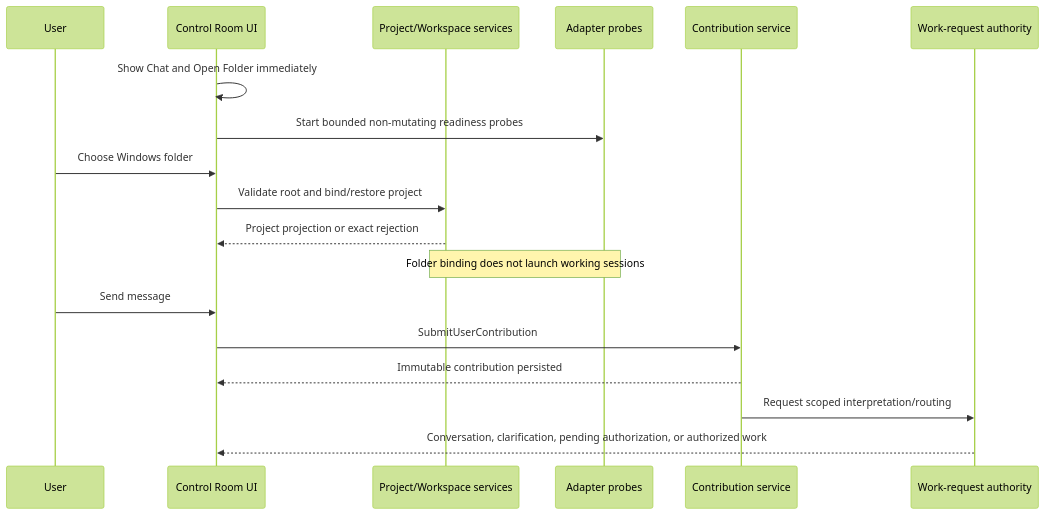
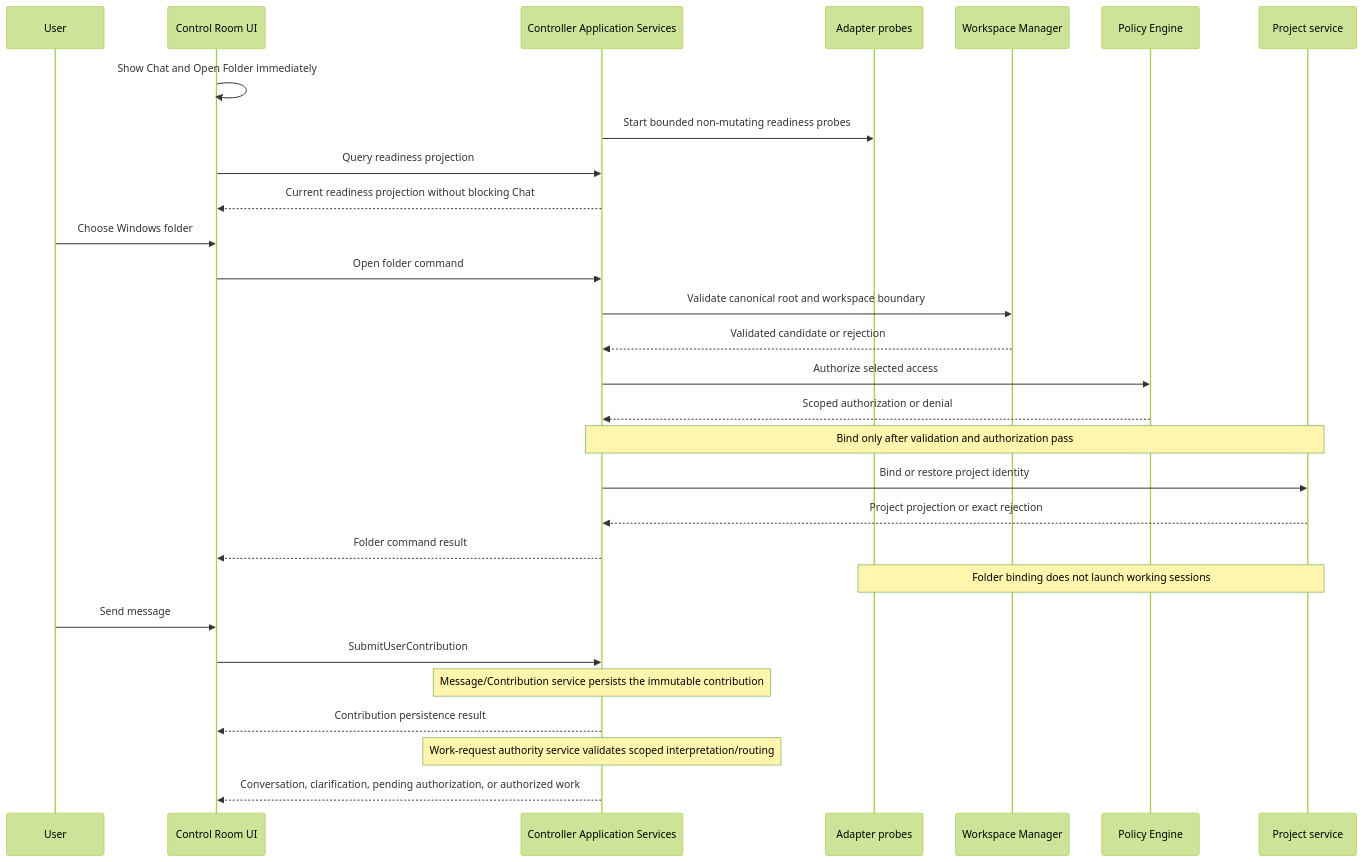
The third of 4 diagrams in docs/ARCHITECTURE.md (pavan53732/Mayasaba-App), drawn with Mermaid (forest theme) before and after one commit. The commit also changed other lines of this file and 4 other files, not shown here.

````diff
--- a/docs/ARCHITECTURE.md
+++ b/docs/ARCHITECTURE.md
@@ -204,21 +204,32 @@
 ```mermaid
 sequenceDiagram
     participant User
     participant UI as Control Room UI
-    participant Project as Project/Workspace services
+    participant App as Controller Application Services
     participant Agents as Adapter probes
-    participant Messages as Contribution service
-    participant Authority as Work-request authority
+    participant Workspace as Workspace Manager
+    participant Policy as Policy Engine
+    participant Project as Project service
 
     UI->>UI: Show Chat and Open Folder immediately
-    UI->>Agents: Start bounded non-mutating readiness probes
+    App->>Agents: Start bounded non-mutating readiness probes
+    UI->>App: Query readiness projection
+    App-->>UI: Current readiness projection without blocking Chat
     User->>UI: Choose Windows folder
-    UI->>Project: Validate root and bind/restore project
-    Project-->>UI: Project projection or exact rejection
+    UI->>App: Open folder command
+    App->>Workspace: Validate canonical root and workspace boundary
+    Workspace-->>App: Validated candidate or rejection
+    App->>Policy: Authorize selected access
+    Policy-->>App: Scoped authorization or denial
+    Note over App,Project: Bind only after validation and authorization pass
+    App->>Project: Bind or restore project identity
+    Project-->>App: Project projection or exact rejection
+    App-->>UI: Folder command result
     Note over Project,Agents: Folder binding does not launch working sessions
     User->>UI: Send message
-    UI->>Messages: SubmitUserContribution
-    Messages-->>UI: Immutable contribution persisted
-    Messages->>Authority: Request scoped interpretation/routing
-    Authority-->>UI: Conversation, clarification, pending authorization, or authorized work
+    UI->>App: SubmitUserContribution
+    Note over App: Message/Contribution service persists the immutable contribution
+    App-->>UI: Contribution persistence result
+    Note over App: Work-request authority service validates scoped interpretation/routing
+    App-->>UI: Conversation, clarification, pending authorization, or authorized work
 ```
````
